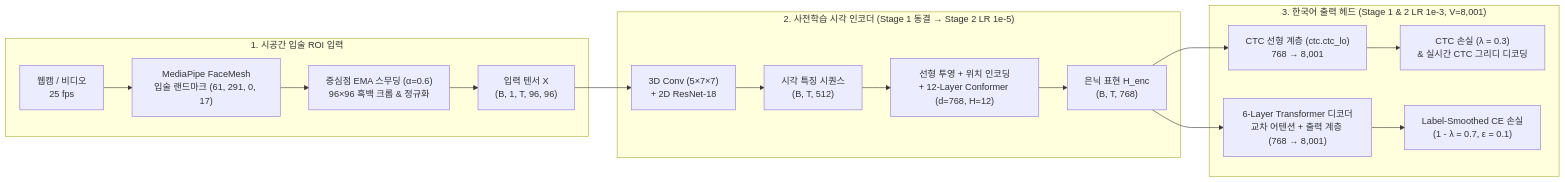
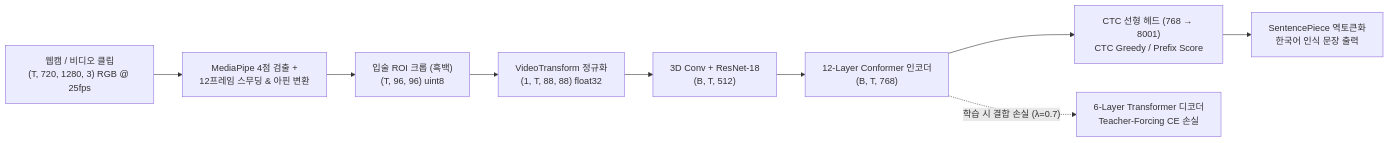
The diagram in README_KO.md (sangdeok-EE/DOKDO-VSR), drawn with Mermaid before and after one commit. The commit also changed other lines of this file and 1 other file, not shown here.

````diff
--- a/README_KO.md
+++ b/README_KO.md
@@ -63,22 +69,11 @@
 ```mermaid
 flowchart LR
-    subgraph Input["1. 시공간 입술 ROI 입력"]
-        A["웹캠 / 비디오<br/>25 fps"] --> B["MediaPipe FaceMesh<br/>입술 랜드마크 (61, 291, 0, 17)"]
-        B --> C["중심점 EMA 스무딩 (α=0.6)<br/>96×96 흑백 크롭 & 정규화"]
-        C --> D["입력 텐서 X<br/>(B, 1, T, 96, 96)"]
-    end
-
-    subgraph Backbone["2. 사전학습 시각 인코더 (Stage 1 동결 → Stage 2 LR 1e-5)"]
-        D --> E["3D Conv (5×7×7)<br/>+ 2D ResNet-18"]
-        E --> F["시각 특징 시퀀스<br/>(B, T, 512)"]
-        F --> G["선형 투영 + 위치 인코딩<br/>+ 12-Layer Conformer (d=768, H=12)"]
-        G --> H["은닉 표현 H_enc<br/>(B, T, 768)"]
-    end
-
-    subgraph Heads["3. 한국어 출력 헤드 (Stage 1 & 2 LR 1e-3, V=8,001)"]
-        H --> I["CTC 선형 계층 (ctc.ctc_lo)<br/>768 → 8,001"]
-        H --> J["6-Layer Transformer 디코더<br/>교차 어텐션 + 출력 계층 (768 → 8,001)"]
-        I --> K["CTC 손실 (λ = 0.3)<br/>& 실시간 CTC 그리디 디코딩"]
-        J --> L["Label-Smoothed CE 손실<br/>(1 - λ = 0.7, ε = 0.1)"]
-    end
+    A["웹캠 / 비디오 클립<br/>(T, 720, 1280, 3) RGB @ 25fps"] --> B["MediaPipe 4점 검출 +<br/>12프레임 스무딩 & 아핀 변환"]
+    B --> C["입술 ROI 크롭 (흑백)<br/>(T, 96, 96) uint8"]
+    C --> D["VideoTransform 정규화<br/>(1, T, 88, 88) float32"]
+    D --> E["3D Conv + ResNet-18<br/>(B, T, 512)"]
+    E --> F["12-Layer Conformer 인코더<br/>(B, T, 768)"]
+    F --> G["CTC 선형 헤드 (768 → 8001)<br/>CTC Greedy / Prefix Score"]
+    F -. "학습 시 결합 손실 (λ=0.7)" .-> H["6-Layer Transformer 디코더<br/>Teacher-Forcing CE 손실"]
+    G --> I["SentencePiece 역토큰화<br/>한국어 인식 문장 출력"]
 ```
````
